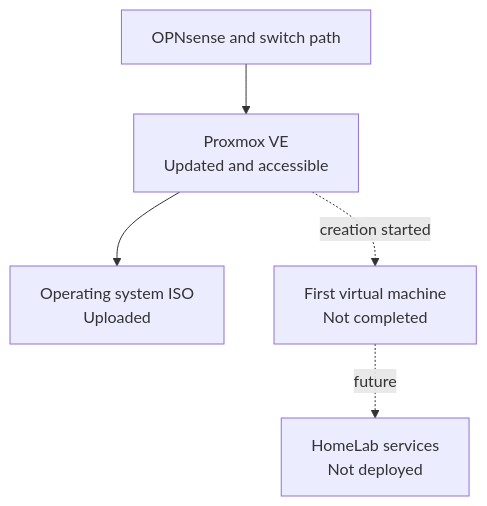
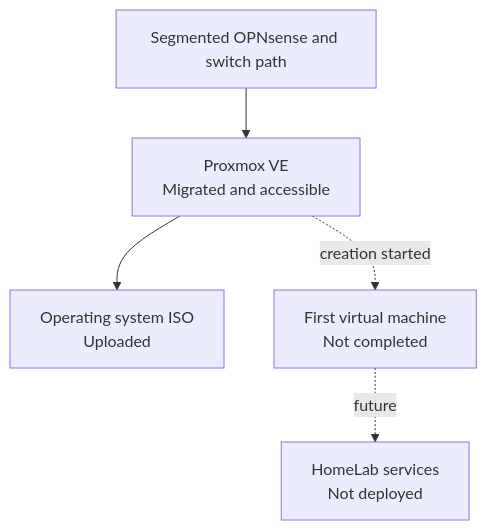
Before and after one commit to DeadPol8789/homelab: the diagram in docs/proxmox-installation.md, drawn with Mermaid. The commit also changed other lines of this file and 9 other files, not shown here.

````diff
--- a/docs/proxmox-installation.md
+++ b/docs/proxmox-installation.md
@@ -50,7 +50,7 @@
 ```mermaid
 flowchart TD
-    NET["OPNsense and switch path"] --> PVE["Proxmox VE<br/>Updated and accessible"]
+    NET["Segmented OPNsense and switch path"] --> PVE["Proxmox VE<br/>Migrated and accessible"]
     PVE --> ISO["Operating system ISO<br/>Uploaded"]
     PVE -. "creation started" .-> VM["First virtual machine<br/>Not completed"]
     VM -. "future" .-> SVC["HomeLab services<br/>Not deployed"]
 ```
````
